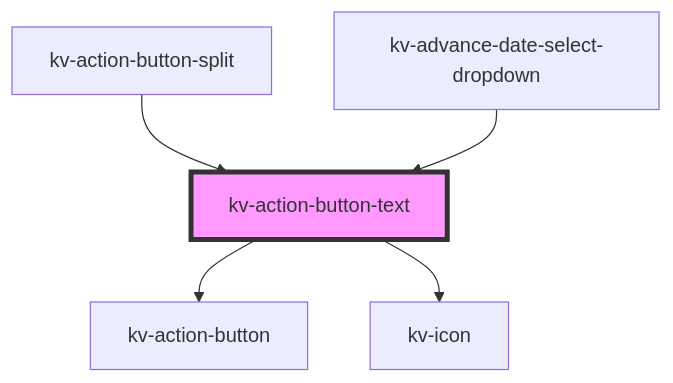
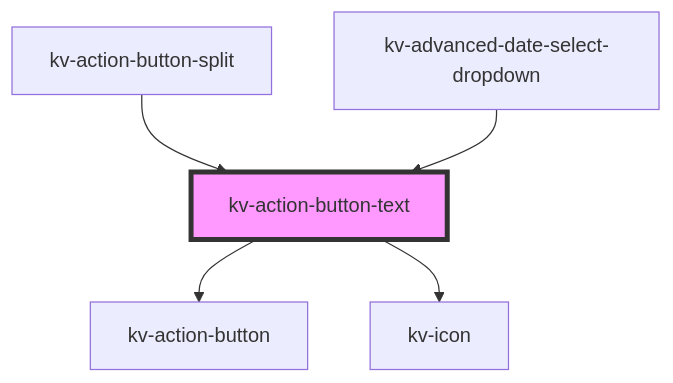
One commit to kelvininc/ui-components changed the diagram in packages/ui-components/src/components/action-button-text/readme.md. Above: the diagram before and after it, drawn with Mermaid. The commit also changed other lines of this file and 74 other files, not shown here.

````diff
--- a/packages/ui-components/src/components/action-button-text/readme.md
+++ b/packages/ui-components/src/components/action-button-text/readme.md
@@ -111,8 +109,8 @@
 ```mermaid
 graph TD;
   kv-action-button-text --> kv-action-button
   kv-action-button-text --> kv-icon
   kv-action-button-split --> kv-action-button-text
-  kv-advance-date-select-dropdown --> kv-action-button-text
+  kv-advanced-date-select-dropdown --> kv-action-button-text
   style kv-action-button-text fill:#f9f,stroke:#333,stroke-width:4px
 ```
````
